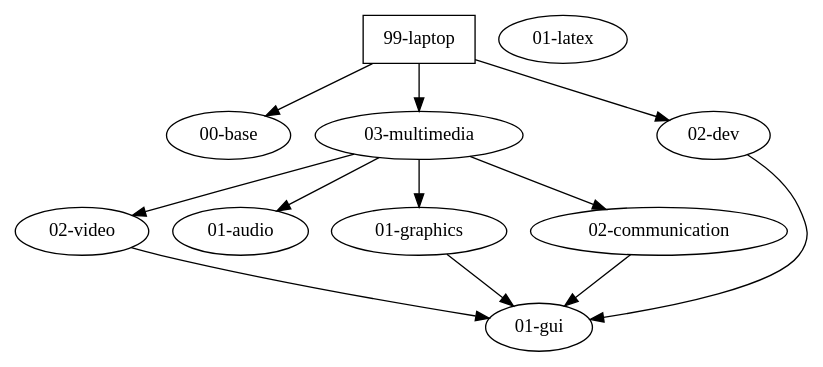
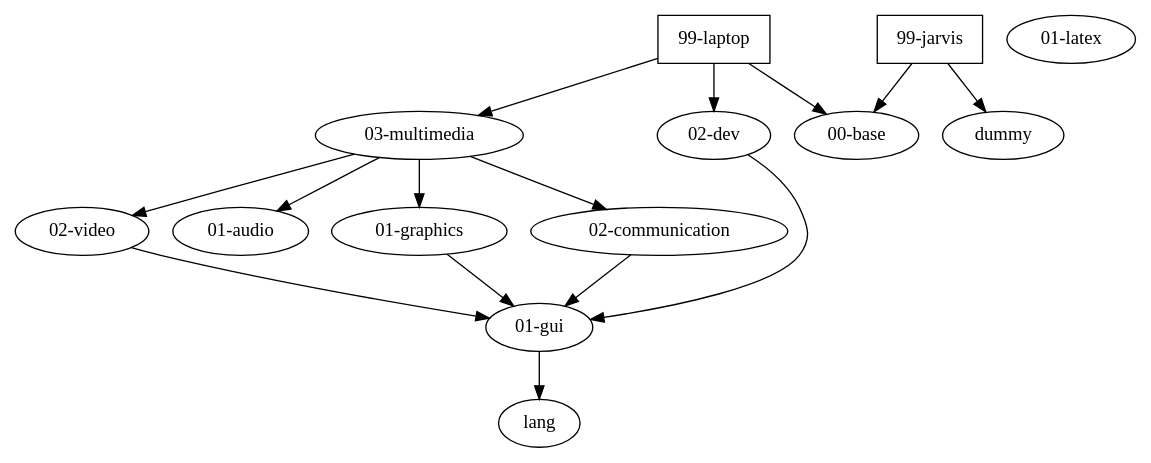
The diagram in tree.dot (laerling/config), drawn with Graphviz before and after one commit. The commit also changed 1 other file, not shown here.

Commit message:
Update dependency tree graphic

```diff
--- a/tree.dot
+++ b/tree.dot
@@ -1,37 +1,46 @@
 strict digraph G{
 
 hd_laptop[label="99-laptop", shape=box];
 hd_laptop -> base;
 hd_laptop -> multimedia;
 hd_laptop -> dev;
+
+hd_jarvis[label="99-jarvis", shape=box];
+hd_jarvis -> base;
+hd_jarvis -> dummy;
 
 
 base[label="00-base"]; #every holodeck depends on this
 
 multimedia[label="03-multimedia"];
 multimedia -> video;
 multimedia -> audio;
 multimedia -> graphics;
 multimedia -> communication;
 
 dev[label="02-dev"];
 dev -> gui;
 
 
 communication[label="02-communication"];
 communication -> gui;
 
 video[label="02-video"];
 video -> gui;
 
 audio[label="01-audio"];
 
 graphics[label="01-graphics"];
 graphics -> gui;
 
 latex[label="01-latex"];
 
 
 gui[label="01-gui"];
+gui -> lang;
+
+lang[label="lang"];
+
+dummy[label="dummy"];
 
 }
```
